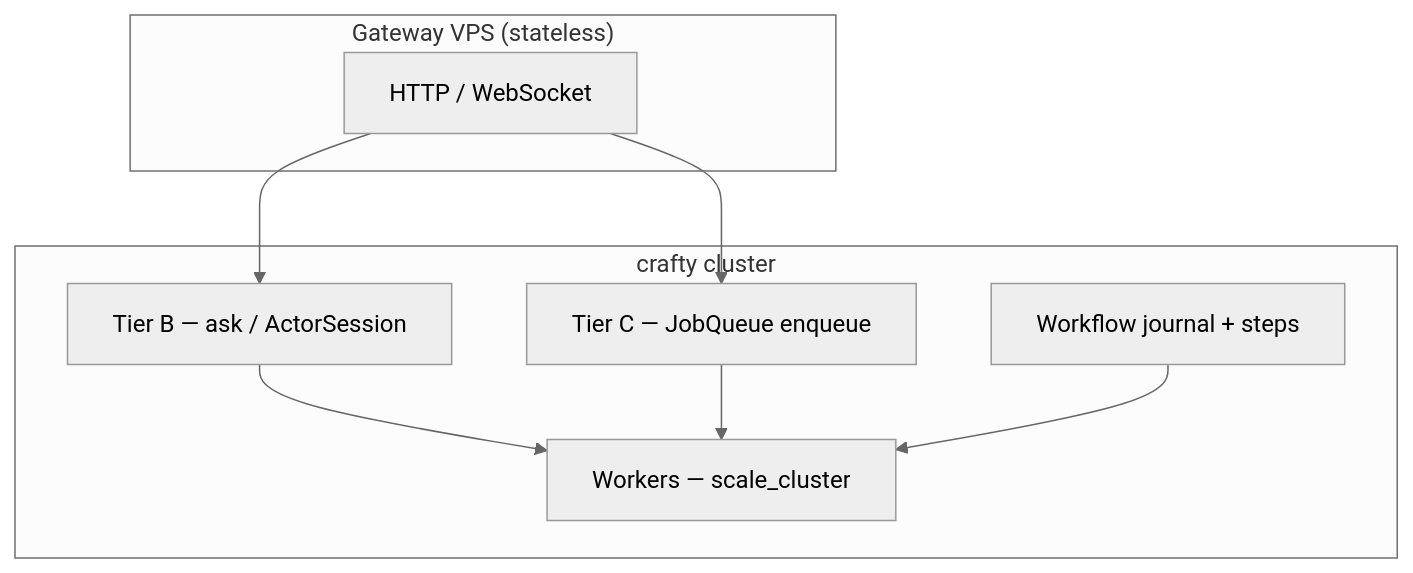
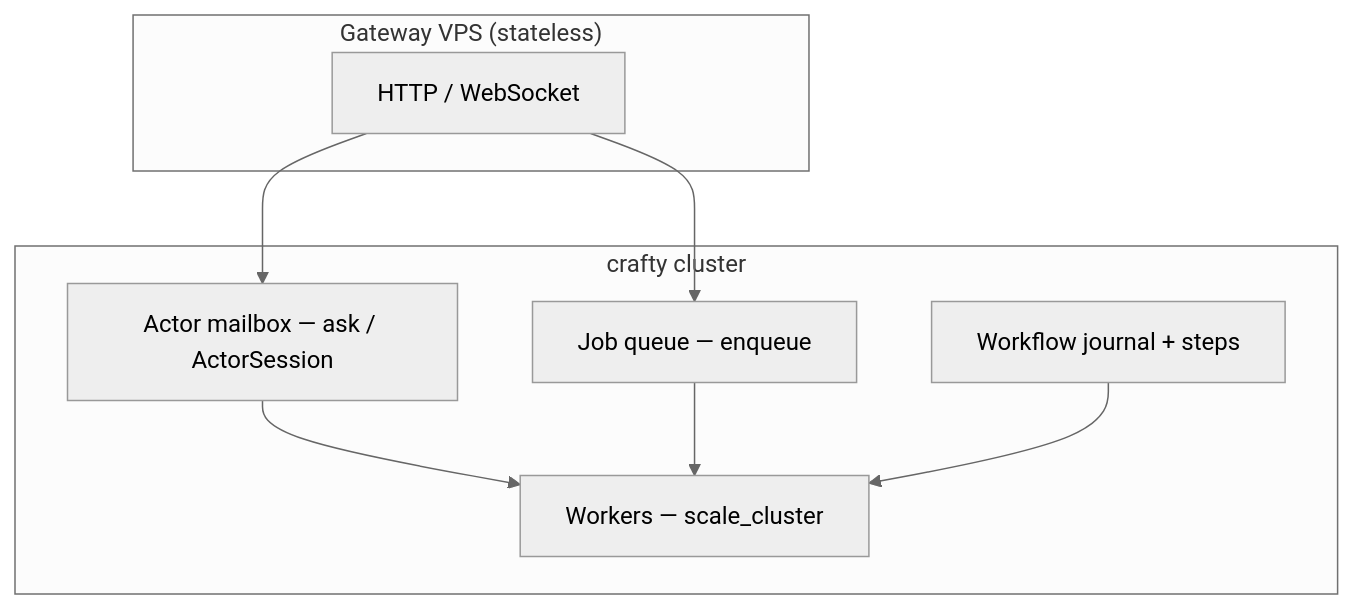
The diagram in docs/decisions/product-scenarios.md (lemarco/craft), drawn with Mermaid (neutral theme) before and after one commit. The commit also changed other lines of this file and 16 other files, not shown here.

````diff
--- a/docs/decisions/product-scenarios.md
+++ b/docs/decisions/product-scenarios.md
@@ -81,19 +88,19 @@
 ```mermaid
 flowchart TB
     subgraph Gateway["Gateway VPS (stateless)"]
         HTTP[HTTP / WebSocket]
     end
 
     subgraph Cluster["crafty cluster"]
-        B[Tier B — ask / ActorSession]
-        C[Tier C — JobQueue enqueue]
+        B[Actor mailbox — ask / ActorSession]
+        C[Job queue — enqueue]
         W[Workflow journal + steps]
         A[Workers — scale_cluster]
     end
 
     HTTP --> B
     HTTP --> C
     B --> A
     C --> A
     W --> A
 ```
````
